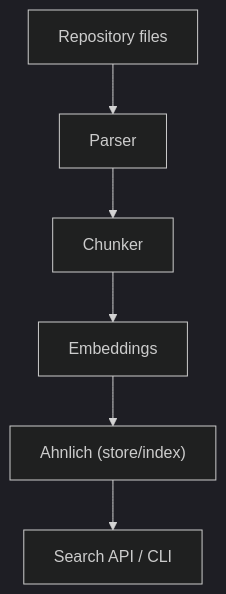
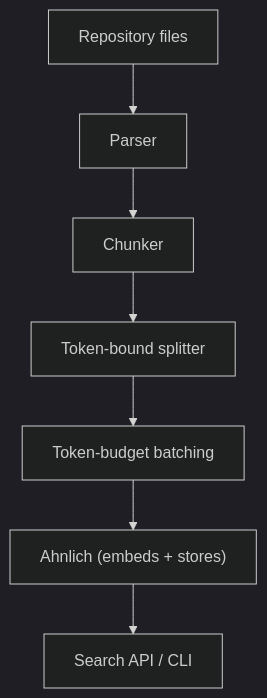
The diagram in README.md (uche09/dev_mind), drawn with Mermaid (dark theme) before and after one commit. The commit also changed other lines of this file and 3 other files, not shown here.

````diff
--- a/README.md
+++ b/README.md
@@ -33,8 +36,9 @@
 ```mermaid
 graph TD
   Repo["Repository files"] --> Parser["Parser"]
   Parser --> Chunker["Chunker"]
-  Chunker --> Embeddings["Embeddings"]
-  Embeddings --> Ahnlich["Ahnlich (store/index)"]
+  Chunker --> Splitter["Token-bound splitter"]
+  Splitter --> Batcher["Token-budget batching"]
+  Batcher --> Ahnlich["Ahnlich (embeds + stores)"]
   Ahnlich --> CLI["Search API / CLI"]
 ```
````
